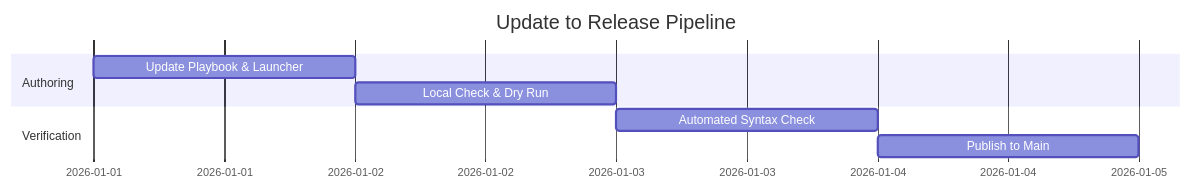
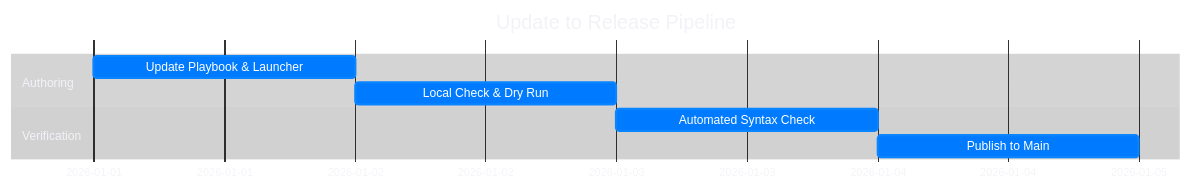
Before and after one commit to AIJosue/Ansible-Playbook-Fedora-Workstation: the second of 2 diagrams in README.md, drawn with Mermaid. The commit also changed other lines of this file, not shown here.

Commit message:
docs: enforce Apple HIG colors across badges and Mermaid diagrams

````diff
--- a/README.md
+++ b/README.md
@@ -131,11 +132,12 @@
 ```mermaid
+%%{init: {'theme': 'base', 'themeVariables': {'primaryColor': '#007AFF', 'primaryTextColor': '#FFFFFF', 'primaryBorderColor': '#0A84FF', 'secondaryColor': '#5856D6', 'tertiaryColor': '#34C759', 'taskBkgColor': '#007AFF', 'taskTextColor': '#FFFFFF', 'activeTaskBkgColor': '#5856D6', 'activeTaskBorderColor': '#5E5CE6', 'doneTaskBkgColor': '#34C759', 'doneTaskBorderColor': '#30D158', 'gridColor': '#48484A', 'sectionBkgColor': '#2C2C2E', 'altSectionBkgColor': '#1C1C1E', 'titleColor': '#F2F2F7', 'textColor': '#F2F2F7'}}}%%
 gantt
     title Update to Release Pipeline
     dateFormat  YYYY-MM-DD
     section Authoring
         Update Playbook & Launcher :a1, 2026-01-01, 1d
         Local Check & Dry Run      :a2, after a1, 1d
     section Verification
         Automated Syntax Check     :b1, after a2, 1d
         Publish to Main            :b2, after b1, 1d
 ```
````
